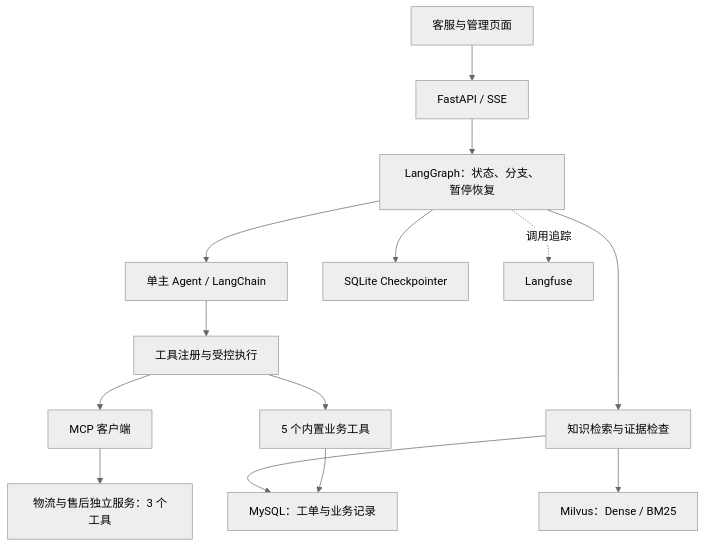
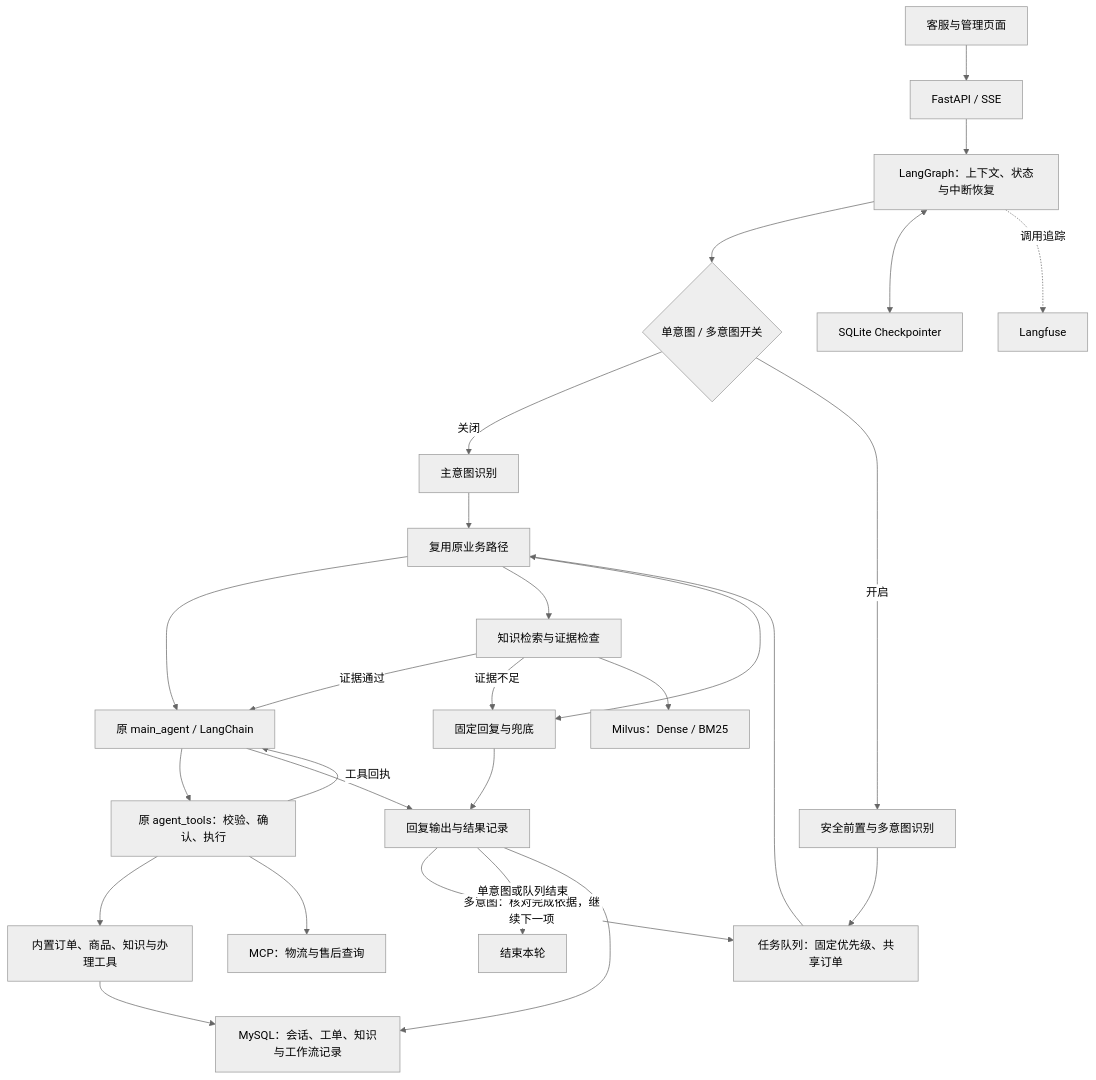
One commit to Orange-ui0811/caremate changed the first of 2 diagrams in README.md. Above: the diagram before and after it, drawn with Mermaid (neutral theme). The commit also changed other lines of this file and 1 other file, not shown here.

````diff
--- a/README.md
+++ b/README.md
@@ -274,16 +35,29 @@
 ```mermaid
 flowchart TB
     UI[客服与管理页面] --> API[FastAPI / SSE]
-    API --> GRAPH[LangGraph：状态、分支、暂停恢复]
-    GRAPH --> AGENT[单主 Agent / LangChain]
-    GRAPH --> RAG[知识检索与证据检查]
-    AGENT --> EXEC[工具注册与受控执行]
-    EXEC --> LOCAL[5 个内置业务工具]
-    EXEC --> MCP[MCP 客户端]
-    MCP --> SERVICES[物流与售后独立服务：3 个工具]
+    API --> GRAPH[LangGraph：上下文、状态与中断恢复]
+    GRAPH --> MODE{单意图 / 多意图开关}
+    MODE -->|关闭| SINGLE[主意图识别]
+    MODE -->|开启| PLAN[安全前置与多意图识别]
+    PLAN --> QUEUE[任务队列：固定优先级、共享订单]
+    SINGLE --> ROUTE[复用原业务路径]
+    QUEUE --> ROUTE
+    ROUTE --> AGENT[原 main_agent / LangChain]
+    ROUTE --> RAG[知识检索与证据检查]
+    RAG -->|证据通过| AGENT
+    ROUTE --> FIXED[固定回复与兜底]
+    RAG -->|证据不足| FIXED
+    AGENT --> EXEC[原 agent_tools：校验、确认、执行]
+    EXEC -->|工具回执| AGENT
+    EXEC --> LOCAL[内置订单、商品、知识与办理工具]
+    EXEC --> MCP[MCP：物流与售后查询]
+    AGENT --> RESULT[回复输出与结果记录]
+    FIXED --> RESULT
+    RESULT -->|多意图：核对完成依据，继续下一项| QUEUE
+    RESULT -->|单意图或队列结束| ENDNODE[结束本轮]
     RAG --> MILVUS[Milvus：Dense / BM25]
-    LOCAL --> MYSQL[MySQL：工单与业务记录]
-    RAG --> MYSQL
-    GRAPH --> SQLITE[SQLite Checkpointer]
+    LOCAL --> MYSQL[MySQL：会话、工单、知识与工作流记录]
+    RESULT --> MYSQL
+    GRAPH <--> SQLITE[SQLite Checkpointer]
     GRAPH -.调用追踪.-> OBS[Langfuse]
 ```
````
